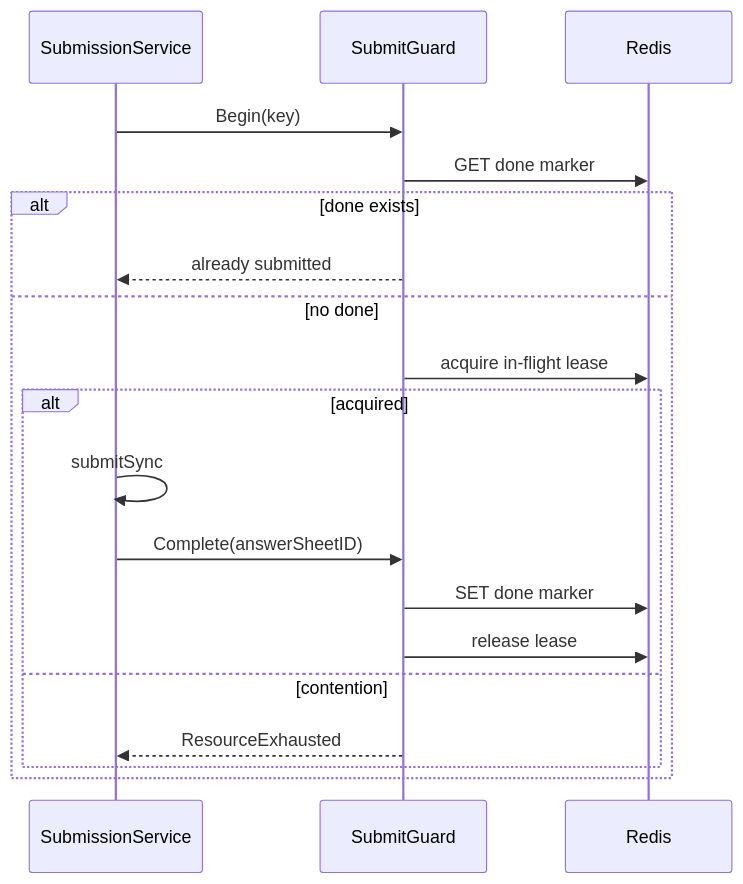
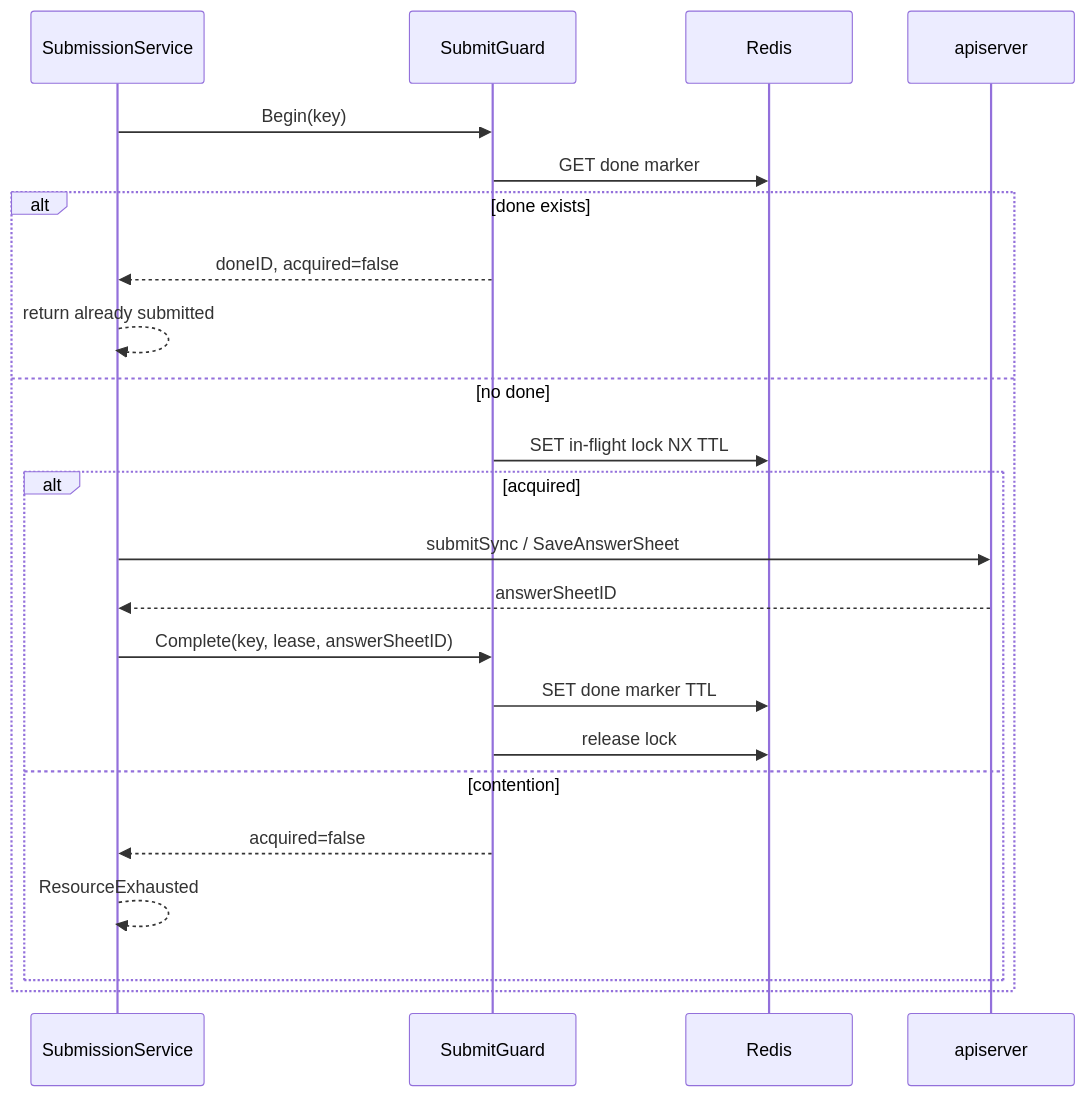
The third of 3 diagrams in docs/03-基础设施/resilience/04-LockLease幂等与重复抑制.md (FangcunMount/qs-server), drawn with Mermaid before and after one commit. The commit also changed other lines of this file and 8 other files, not shown here.

````diff
--- a/docs/03-基础设施/resilience/04-LockLease幂等与重复抑制.md
+++ b/docs/03-基础设施/resilience/04-LockLease幂等与重复抑制.md
@@ -31,22 +228,26 @@
 ```mermaid
 sequenceDiagram
     participant S as SubmissionService
     participant G as SubmitGuard
     participant R as Redis
+    participant API as apiserver
 
     S->>G: Begin(key)
     G->>R: GET done marker
     alt done exists
-        G-->>S: already submitted
+        G-->>S: doneID, acquired=false
+        S-->>S: return already submitted
     else no done
-        G->>R: acquire in-flight lease
+        G->>R: SET in-flight lock NX TTL
         alt acquired
-            S->>S: submitSync
-            S->>G: Complete(answerSheetID)
-            G->>R: SET done marker
-            G->>R: release lease
+            S->>API: submitSync / SaveAnswerSheet
+            API-->>S: answerSheetID
+            S->>G: Complete(key, lease, answerSheetID)
+            G->>R: SET done marker TTL
+            G->>R: release lock
         else contention
-            G-->>S: ResourceExhausted
+            G-->>S: acquired=false
+            S-->>S: ResourceExhausted
         end
     end
 ```
````
